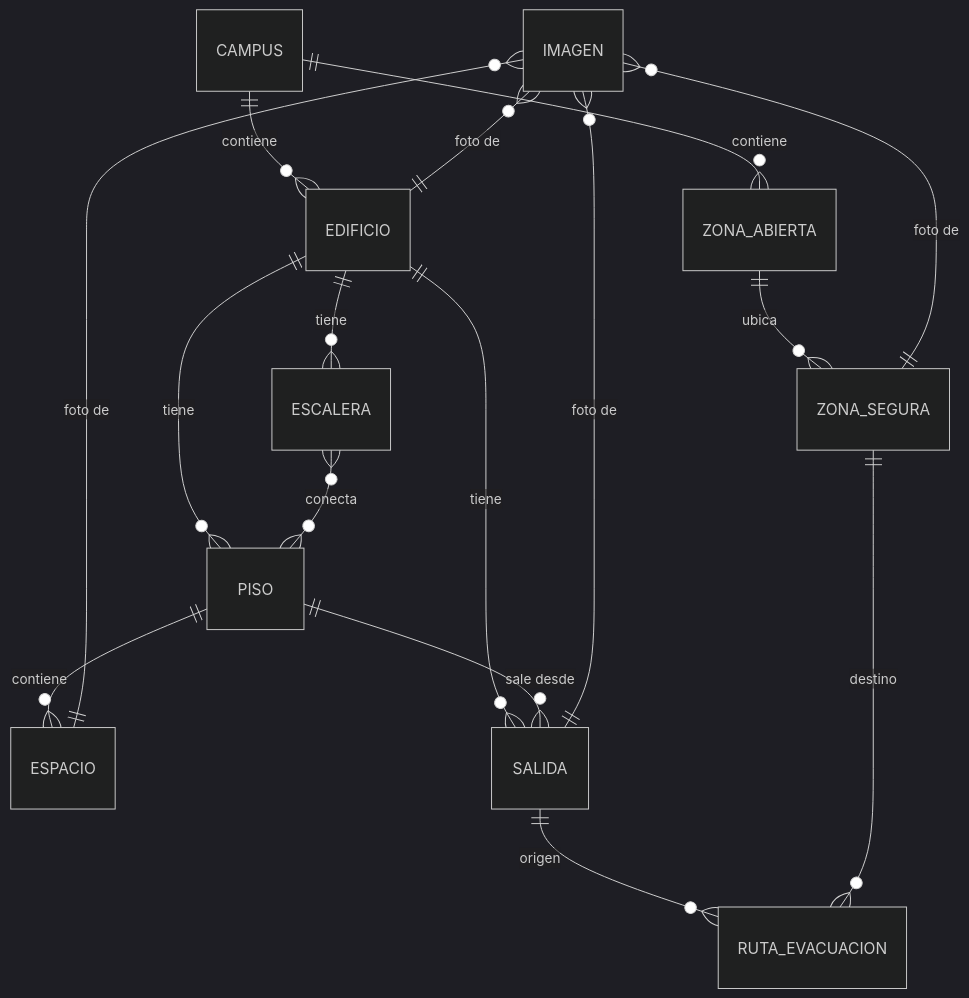
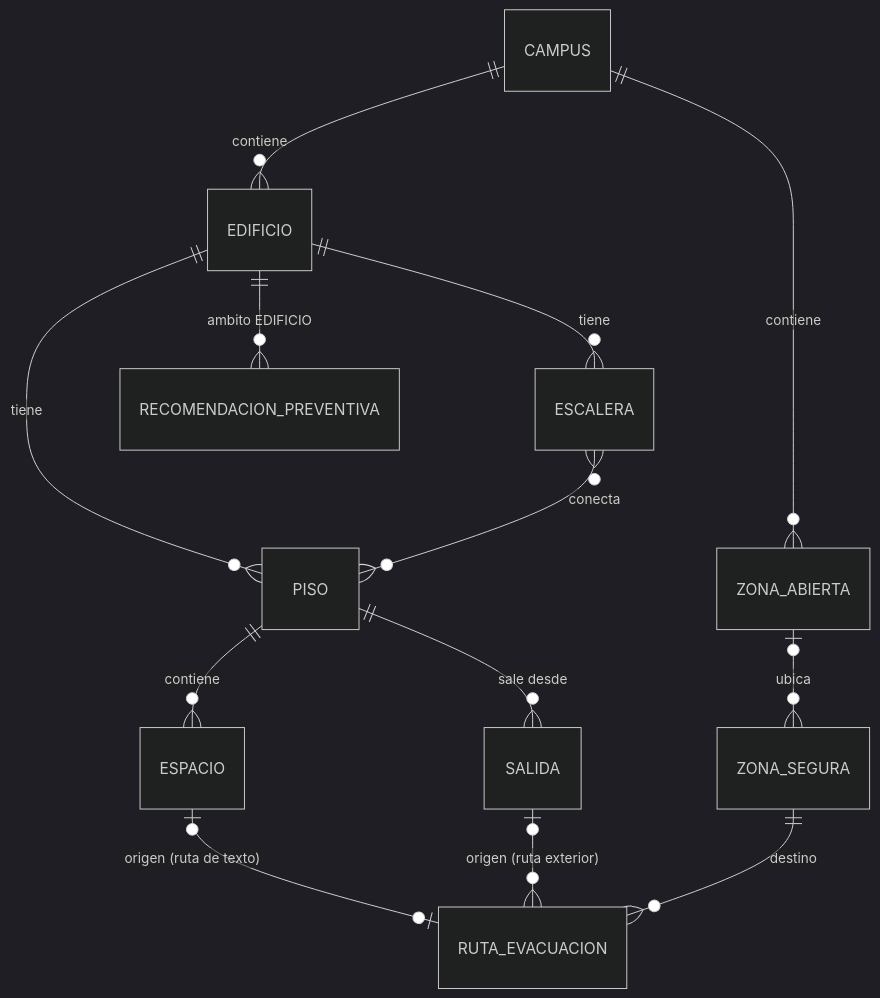
Before and after one commit to CampusSeguro-DOSW-2026-2/ms02-campus-and-security: the diagram in README.md, drawn with Mermaid (dark theme). The commit also changed other lines of this file and 20 other files, not shown here.

````diff
--- a/README.md
+++ b/README.md
@@ -61,18 +21,15 @@
 ```mermaid
 erDiagram
     CAMPUS ||--o{ EDIFICIO : contiene
     CAMPUS ||--o{ ZONA_ABIERTA : contiene
     EDIFICIO ||--o{ PISO : tiene
     PISO ||--o{ ESPACIO : contiene
     EDIFICIO ||--o{ ESCALERA : tiene
     ESCALERA }o--o{ PISO : conecta
-    EDIFICIO ||--o{ SALIDA : tiene
     PISO ||--o{ SALIDA : "sale desde"
-    ZONA_ABIERTA ||--o{ ZONA_SEGURA : ubica
-    SALIDA ||--o{ RUTA_EVACUACION : origen
+    ZONA_ABIERTA |o--o{ ZONA_SEGURA : ubica
+    ESPACIO |o--o| RUTA_EVACUACION : "origen (ruta de texto)"
+    SALIDA |o--o{ RUTA_EVACUACION : "origen (ruta exterior)"
     ZONA_SEGURA ||--o{ RUTA_EVACUACION : destino
-    IMAGEN }o--|| EDIFICIO : "foto de"
-    IMAGEN }o--|| ESPACIO : "foto de"
-    IMAGEN }o--|| SALIDA : "foto de"
-    IMAGEN }o--|| ZONA_SEGURA : "foto de"
+    EDIFICIO ||--o{ RECOMENDACION_PREVENTIVA : "ambito EDIFICIO"
 ```
````
